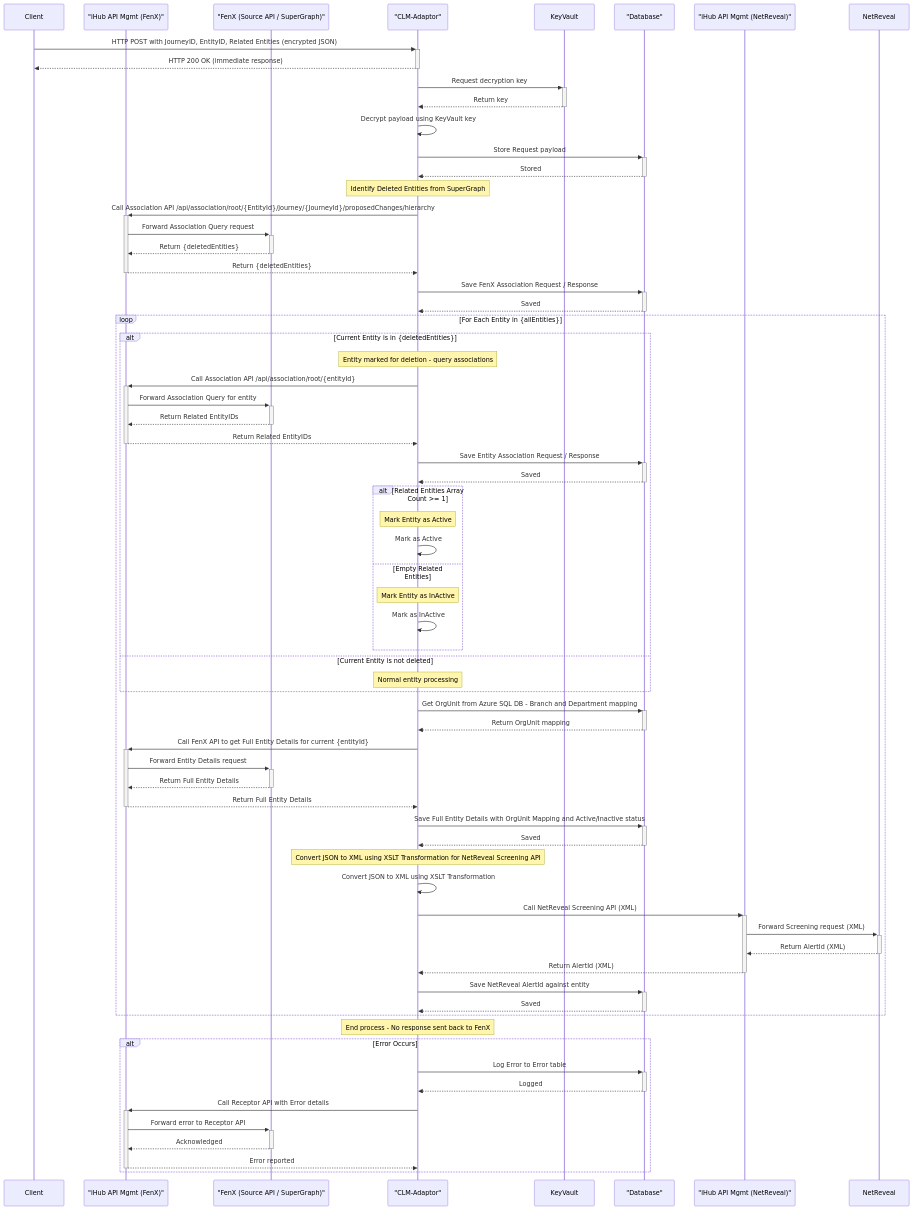
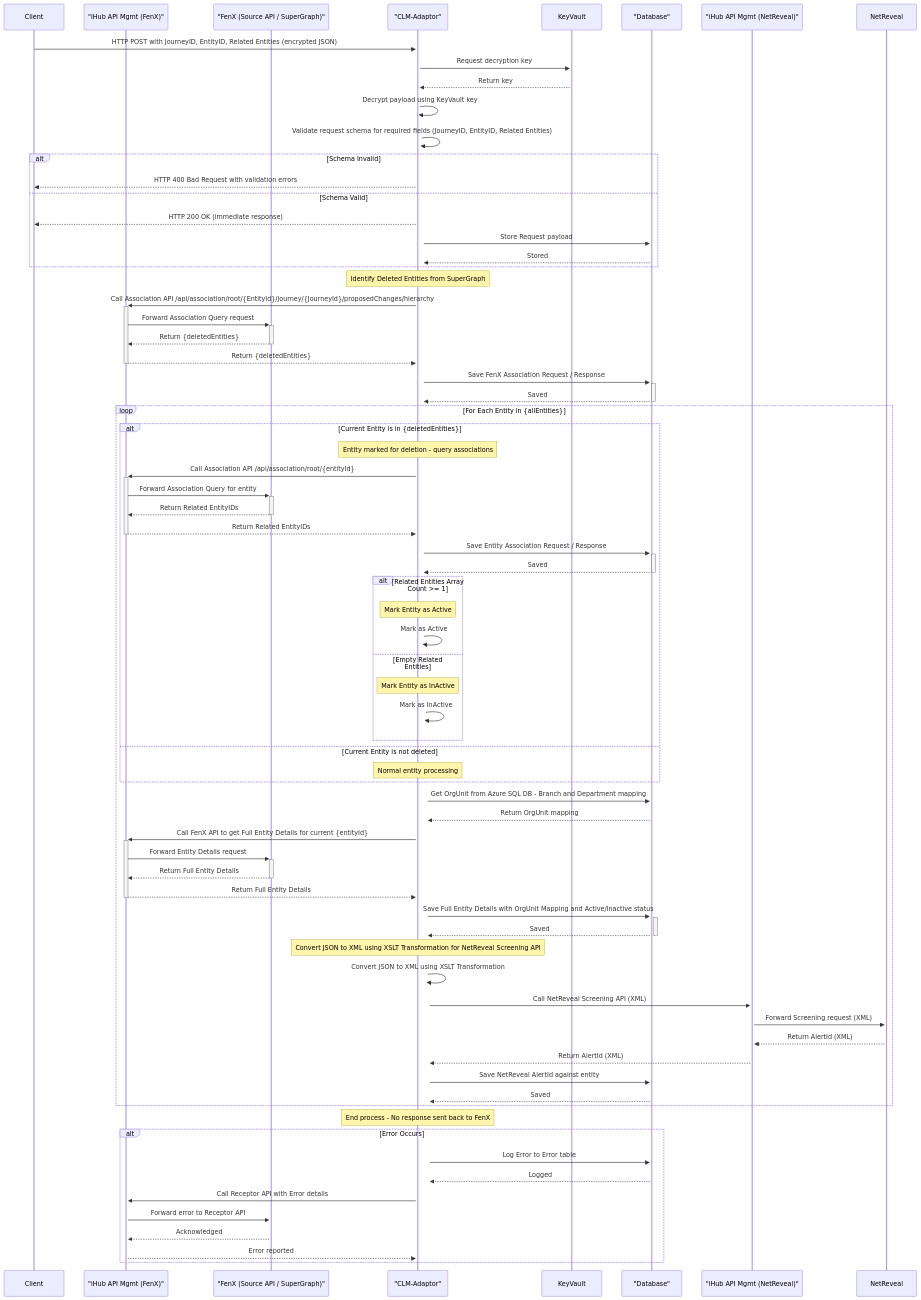
One commit to jojokoshy/Architecture_Diagrams_Python_AI changed the diagram in Arch_Diagrams/v2/screeningflow-sequence.mmd. Above: the diagram before and after it, drawn with Mermaid.

Commit message:
Update screening flow diagram: enhance validation handling and error logging for request processing

```diff
--- a/Arch_Diagrams/v2/screeningflow-sequence.mmd
+++ b/Arch_Diagrams/v2/screeningflow-sequence.mmd
@@ -1,103 +1,111 @@
 %%{init: {"theme":"default","themeVariables": {"fontSize":"12"}}}%%
 sequenceDiagram
   %% Participants left-to-right for readability
   participant Client
   participant iHubIn as "iHub API Mgmt (FenX)"
   participant FenX as "FenX (Source API / SuperGraph)"
   participant CLMAdaptor as "CLM-Adaptor"
   participant KeyVault
   participant DB as "Database"
   participant iHubOut as "iHub API Mgmt (NetReveal)"
   participant NetReveal
 
   %% Initial request
   Client->>+CLMAdaptor: HTTP POST with JourneyID, EntityID, Related Entities (encrypted JSON)
-  CLMAdaptor-->>-Client: HTTP 200 OK (immediate response)
-  
-  %% Decrypt payload
+
+  %% Decrypt payload (must happen before validation)
   CLMAdaptor->>+KeyVault: Request decryption key
-  KeyVault-->>-CLMAdaptor: Return key
-  CLMAdaptor->>CLMAdaptor: Decrypt payload using KeyVault key
-  
-  %% Store request
-  CLMAdaptor->>+DB: Store Request payload
-  DB-->>-CLMAdaptor: Stored
+  KeyVault-->>CLMAdaptor: Return key
+  CLMAdaptor->>+CLMAdaptor: Decrypt payload using KeyVault key
+
+  %% Validate request schema
+  CLMAdaptor->>+CLMAdaptor: Validate request schema for required fields (JourneyID, EntityID, Related Entities)
+  alt Schema Invalid
+    CLMAdaptor-->>Client: HTTP 400 Bad Request with validation errors
+    %% End processing on validation error
+  else Schema Valid
+    CLMAdaptor-->>Client: HTTP 200 OK (immediate response)
+
+    %% Store request
+    CLMAdaptor->>+DB: Store Request payload
+    DB-->>CLMAdaptor: Stored
+  end
   
   %% %% Call FenX SuperGraph API
   %% Note over CLMAdaptor: Create SuperGraph using GraphQL with RequestId, JourneyId and EntityId
   %% CLMAdaptor->>+iHubIn: Call SuperGraph API 
   %% iHubIn->>+FenX: Forward SuperGraph request
   %% FenX-->>-iHubIn: Return {allEntities} 
   %% iHubIn-->>-CLMAdaptor: Return {allEntities} 
   %% CLMAdaptor->>+DB: Save SuperGraph Request / Response
   %% DB-->>-CLMAdaptor: Saved
   
   %% Call FenX Association Query API
     Note over CLMAdaptor: Identify Deleted Entities from SuperGraph
   CLMAdaptor->>+iHubIn: Call Association API /api/association/root/{EntityId}/journey/{JourneyId}/proposedChanges/hierarchy 
   iHubIn->>+FenX: Forward Association Query request
   FenX-->>-iHubIn: Return {deletedEntities} 
   iHubIn-->>-CLMAdaptor: Return {deletedEntities} 
   CLMAdaptor->>+DB: Save FenX Association Request / Response
   DB-->>-CLMAdaptor: Saved
   
   %% Loop through all entities
   loop For Each Entity in {allEntities}
     
     alt Current Entity is in {deletedEntities}
       Note over CLMAdaptor: Entity marked for deletion - query associations
       CLMAdaptor->>+iHubIn: Call Association API /api/association/root/{entityId}   
       iHubIn->>+FenX: Forward Association Query for entity
       FenX-->>-iHubIn: Return Related EntityIDs 
       iHubIn-->>-CLMAdaptor: Return Related EntityIDs 
       CLMAdaptor->>+DB: Save Entity Association Request / Response
       DB-->>-CLMAdaptor: Saved
       
       alt Related Entities Array Count >= 1
         Note over CLMAdaptor: Mark Entity as Active
-        CLMAdaptor->>CLMAdaptor: Mark as Active
+            CLMAdaptor->>+CLMAdaptor: Mark as Active
       else Empty Related Entities
         Note over CLMAdaptor: Mark Entity as InActive
-        CLMAdaptor->>CLMAdaptor: Mark as InActive
+        CLMAdaptor->>+CLMAdaptor: Mark as InActive
       end
     else Current Entity is not deleted
       Note over CLMAdaptor: Normal entity processing
     end
     
     %% Get OrgUnit mapping
     CLMAdaptor->>+DB: Get OrgUnit from Azure SQL DB - Branch and Department mapping
-    DB-->>-CLMAdaptor: Return OrgUnit mapping
+    DB-->>CLMAdaptor: Return OrgUnit mapping
     
     %% Call FenX API to get Full Entity Details
     CLMAdaptor->>+iHubIn: Call FenX API to get Full Entity Details for current {entityId}
     iHubIn->>+FenX: Forward Entity Details request
     FenX-->>-iHubIn: Return Full Entity Details  
     iHubIn-->>-CLMAdaptor: Return Full Entity Details  
     CLMAdaptor->>+DB: Save Full Entity Details with OrgUnit Mapping and Active/Inactive status
     DB-->>-CLMAdaptor: Saved
     
     %% Prepare to call NetReveal - Convert JSON to XML
     Note over CLMAdaptor: Convert JSON to XML using XSLT Transformation for NetReveal Screening API
-    CLMAdaptor->>CLMAdaptor: Convert JSON to XML using XSLT Transformation
+    CLMAdaptor->>+CLMAdaptor: Convert JSON to XML using XSLT Transformation
     
     %% Call NetReveal Screening API
     CLMAdaptor->>+iHubOut: Call NetReveal Screening API (XML)
     iHubOut->>+NetReveal: Forward Screening request (XML)
-    NetReveal-->>-iHubOut: Return AlertId (XML)
-    iHubOut-->>-CLMAdaptor: Return AlertId (XML)
+    NetReveal-->>iHubOut: Return AlertId (XML)
+    iHubOut-->>CLMAdaptor: Return AlertId (XML)
     
     %% Save NetReveal response
     CLMAdaptor->>+DB: Save NetReveal AlertId against entity
-    DB-->>-CLMAdaptor: Saved
+    DB-->>CLMAdaptor: Saved
     
   end
   
-  Note over CLMAdaptor: End process - No response sent back to FenX
-alt Error Occurs
-    CLMAdaptor->>+DB: Log Error to Error table
-    DB-->>-CLMAdaptor: Logged
-    CLMAdaptor->>+iHubIn: Call Receptor API with Error details
-    iHubIn->>+FenX: Forward error to Receptor API
-    FenX-->>-iHubIn: Acknowledged
-    iHubIn-->>-CLMAdaptor: Error reported
-end
+    Note over CLMAdaptor: End process - No response sent back to FenX
+  alt Error Occurs
+      CLMAdaptor->>+DB: Log Error to Error table
+      DB-->>CLMAdaptor: Logged
+      CLMAdaptor->>+iHubIn: Call Receptor API with Error details
+      iHubIn->>+FenX: Forward error to Receptor API
+      FenX-->>iHubIn: Acknowledged
+      iHubIn-->>CLMAdaptor: Error reported
+  end
```
